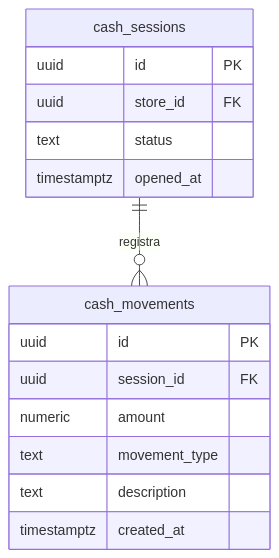
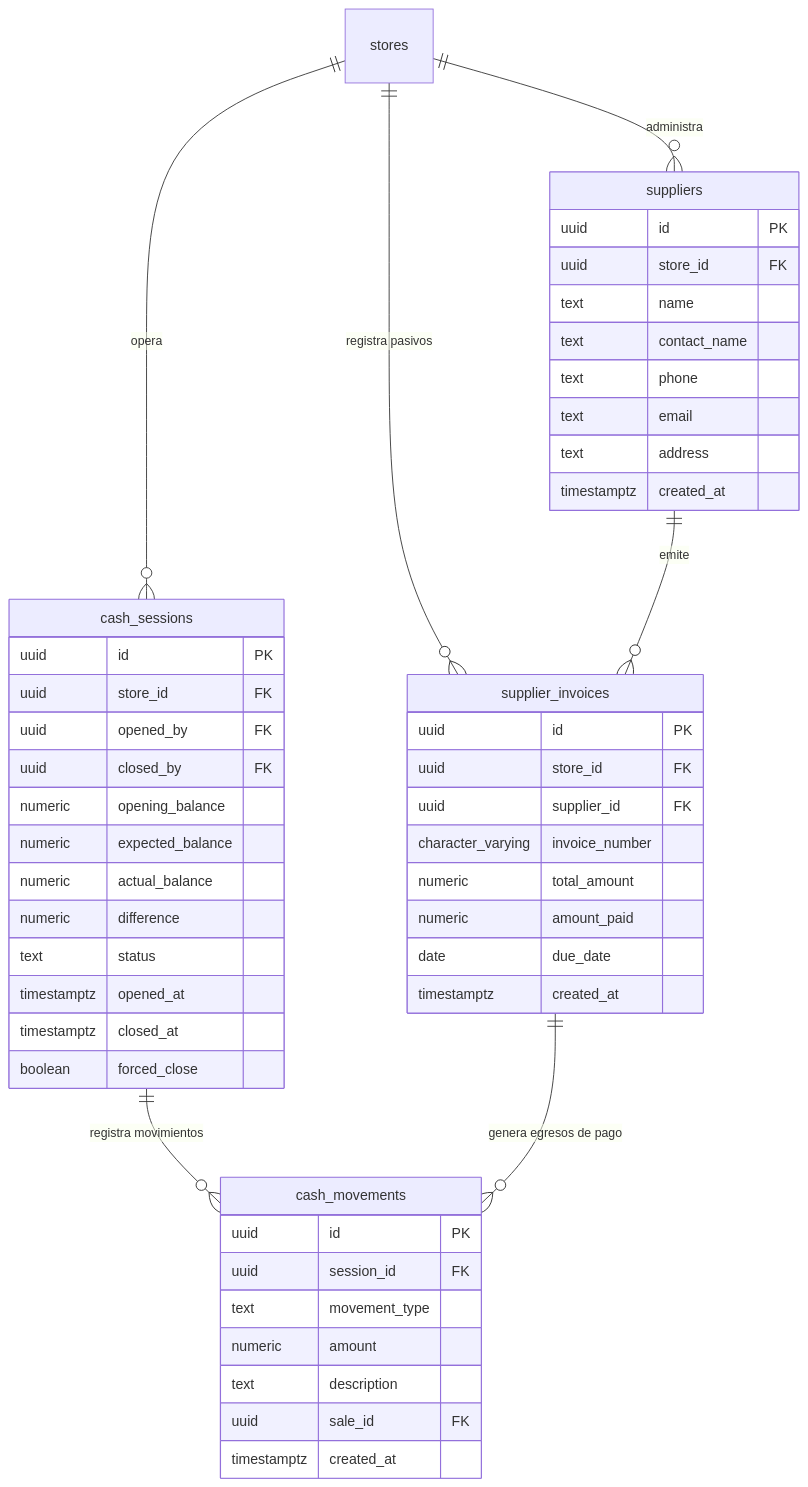
One commit to YamirJCF/tienda-barrio-pro changed the fifth of 5 diagrams in documentation/01_requirements/SDD/SDD_022_GASTOS_MULTICANAL.md. Above: the diagram before and after it, drawn with Mermaid. The commit also changed other lines of this file, not shown here.

````diff
--- a/documentation/01_requirements/SDD/SDD_022_GASTOS_MULTICANAL.md
+++ b/documentation/01_requirements/SDD/SDD_022_GASTOS_MULTICANAL.md
@@ -143,20 +404,57 @@
 ```mermaid
 erDiagram
-    cash_sessions ||--o{ cash_movements : "registra"
+    stores ||--o{ cash_sessions : "opera"
+    stores ||--o{ suppliers : "administra"
+    stores ||--o{ supplier_invoices : "registra pasivos"
+    suppliers ||--o{ supplier_invoices : "emite"
+
+    cash_sessions ||--o{ cash_movements : "registra movimientos"
+    supplier_invoices ||--o{ cash_movements : "genera egresos de pago"
 
     cash_sessions {
         uuid id PK
         uuid store_id FK
+        uuid opened_by FK
+        uuid closed_by FK
+        numeric opening_balance
+        numeric expected_balance
+        numeric actual_balance
+        numeric difference
         text status
         timestamptz opened_at
+        timestamptz closed_at
+        boolean forced_close
     }
 
     cash_movements {
         uuid id PK
         uuid session_id FK
+        text movement_type
         numeric amount
-        text movement_type
         text description
+        uuid sale_id FK
+        timestamptz created_at
+    }
+
+    suppliers {
+        uuid id PK
+        uuid store_id FK
+        text name
+        text contact_name
+        text phone
+        text email
+        text address
+        timestamptz created_at
+    }
+
+    supplier_invoices {
+        uuid id PK
+        uuid store_id FK
+        uuid supplier_id FK
+        character_varying invoice_number
+        numeric total_amount
+        numeric amount_paid
+        date due_date
         timestamptz created_at
     }
 ```
````
